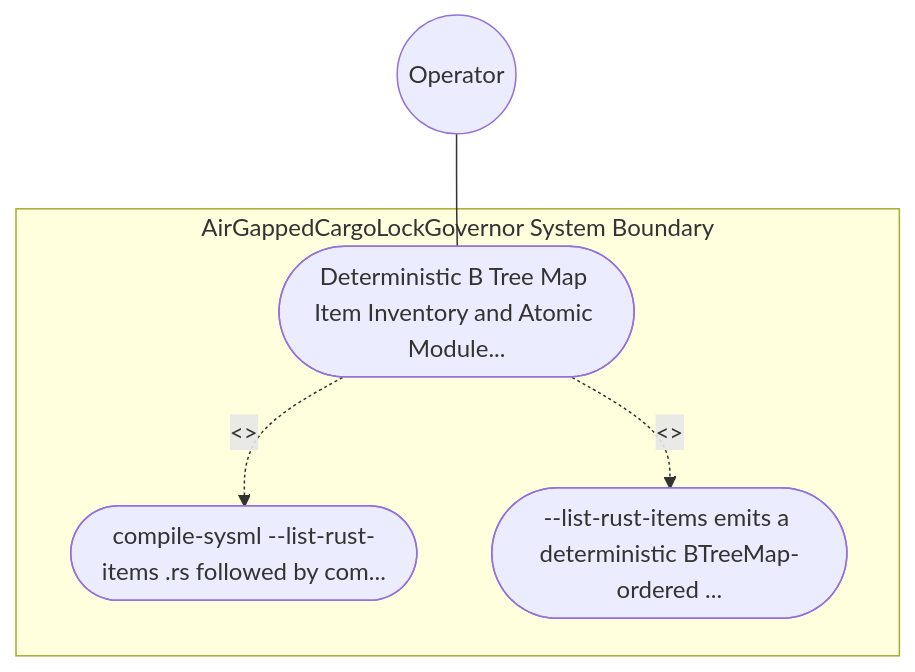
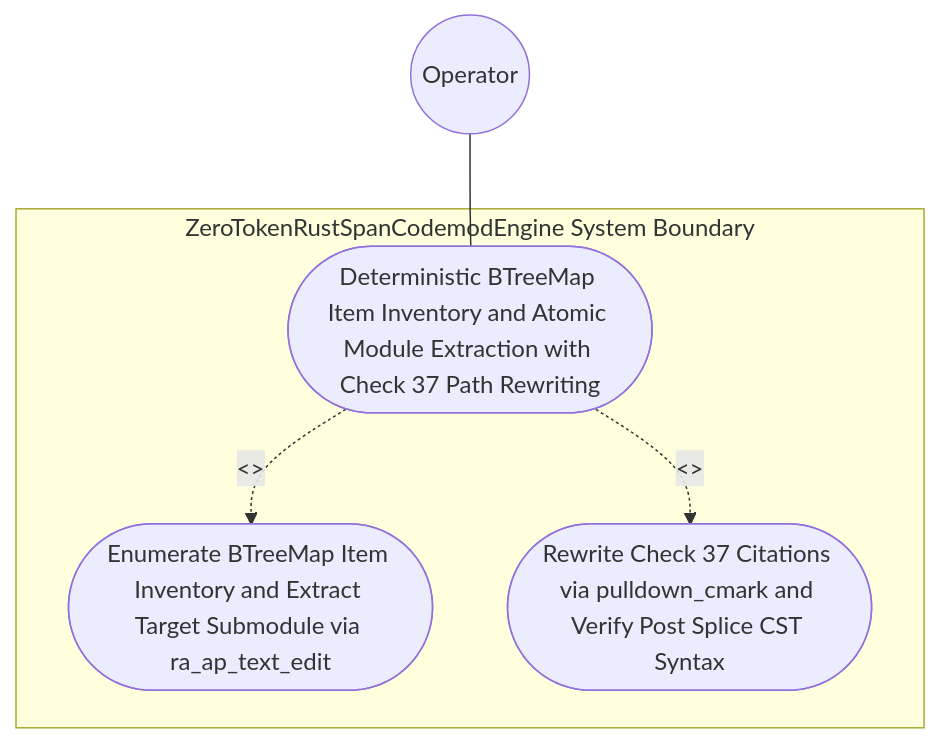
The first of 2 diagrams in .pipeline/upstream/docs/use-cases/UC-39-Deterministic_BTreeMap_Item_Inventory_and_Atomic_Module_Extraction_with_Check_37_Path_Rewriting.md (gintatkinson/DEAP01-spec-core), drawn with Mermaid before and after one commit. The commit also changed other lines of this file and 225 other files, not shown here.

````diff
--- a/.pipeline/upstream/docs/use-cases/UC-39-Deterministic_BTreeMap_Item_Inventory_and_Atomic_Module_Extraction_with_Check_37_Path_Rewriting.md
+++ b/.pipeline/upstream/docs/use-cases/UC-39-Deterministic_BTreeMap_Item_Inventory_and_Atomic_Module_Extraction_with_Check_37_Path_Rewriting.md
@@ -16,11 +17,11 @@
 ```mermaid
 graph TD
-    subgraph "AirGappedCargoLockGovernor System Boundary"
-        UC_Main(["Deterministic B Tree Map Item Inventory and Atomic Module..."])
-        UC_Step01(["compile-sysml --list-rust-items <name>.rs followed by com..."])
-        UC_Step02(["--list-rust-items emits a deterministic BTreeMap-ordered ..."])
+    subgraph "ZeroTokenRustSpanCodemodEngine System Boundary"
+        UC_Main(["Deterministic BTreeMap Item Inventory and Atomic Module Extraction with Check 37 Path Rewriting"])
+        UC_Step01(["Enumerate BTreeMap Item Inventory and Extract Target Submodule via ra_ap_text_edit"])
+        UC_Step02(["Rewrite Check 37 Citations via pulldown_cmark and Verify Post Splice CST Syntax"])
     end
     Operator(("Operator")) --- UC_Main
     UC_Main -. "<<include>>" .-> UC_Step01
     UC_Main -. "<<include>>" .-> UC_Step02
 ```
````
